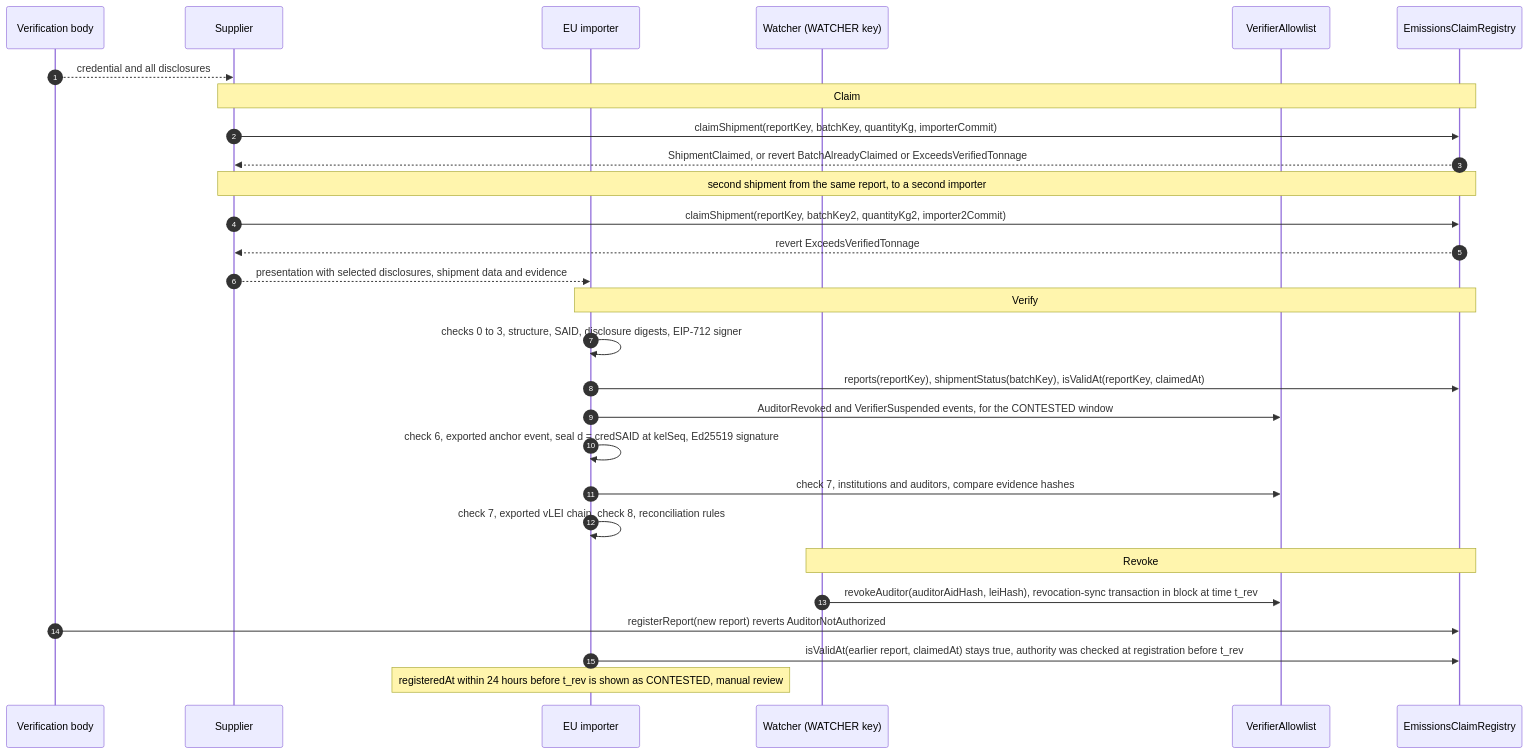
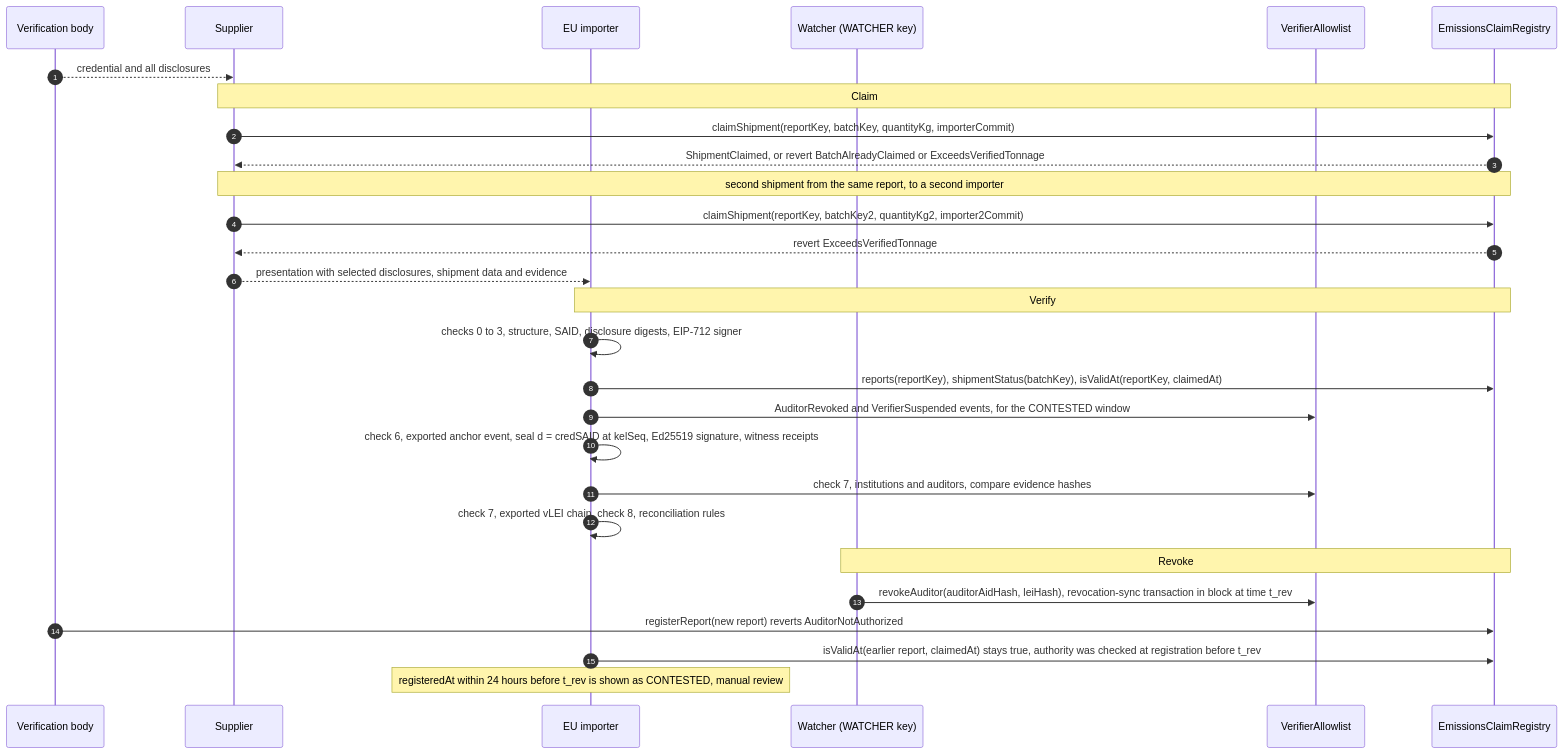
The third of 3 diagrams in docs/ARCHITECTURE.md (zuemen/carbon-lei), drawn with Mermaid before and after one commit. The commit also changed other lines of this file and 3 other files, not shown here.

Commit message:
docs: checks 6 and 7 verify witness receipts in the presented evidence (witnesses not queried); test counts; pilot readiness linked

````diff
--- a/docs/ARCHITECTURE.md
+++ b/docs/ARCHITECTURE.md
@@ -144,33 +144,33 @@
 ```mermaid
 sequenceDiagram
   autonumber
   participant VB as Verification body
   participant SUP as Supplier
   participant IMP as EU importer
   participant WAT as Watcher (WATCHER key)
   participant AL as VerifierAllowlist
   participant REG as EmissionsClaimRegistry
 
   VB-->>SUP: credential and all disclosures
   Note over SUP,REG: Claim
   SUP->>REG: claimShipment(reportKey, batchKey, quantityKg, importerCommit)
   REG-->>SUP: ShipmentClaimed, or revert BatchAlreadyClaimed or ExceedsVerifiedTonnage
   Note over SUP,REG: second shipment from the same report, to a second importer
   SUP->>REG: claimShipment(reportKey, batchKey2, quantityKg2, importer2Commit)
   REG-->>SUP: revert ExceedsVerifiedTonnage
   SUP-->>IMP: presentation with selected disclosures, shipment data and evidence
 
   Note over IMP,REG: Verify
   IMP->>IMP: checks 0 to 3, structure, SAID, disclosure digests, EIP-712 signer
   IMP->>REG: reports(reportKey), shipmentStatus(batchKey), isValidAt(reportKey, claimedAt)
   IMP->>AL: AuditorRevoked and VerifierSuspended events, for the CONTESTED window
-  IMP->>IMP: check 6, exported anchor event, seal d = credSAID at kelSeq, Ed25519 signature
+  IMP->>IMP: check 6, exported anchor event, seal d = credSAID at kelSeq, Ed25519 signature, witness receipts
   IMP->>AL: check 7, institutions and auditors, compare evidence hashes
   IMP->>IMP: check 7, exported vLEI chain, check 8, reconciliation rules
 
   Note over WAT,REG: Revoke
   WAT->>AL: revokeAuditor(auditorAidHash, leiHash), revocation-sync transaction in block at time t_rev
   VB->>REG: registerReport(new report) reverts AuditorNotAuthorized
   IMP->>REG: isValidAt(earlier report, claimedAt) stays true, authority was checked at registration before t_rev
   Note over IMP: registeredAt within 24 hours before t_rev is shown as CONTESTED, manual review
 ```
````
